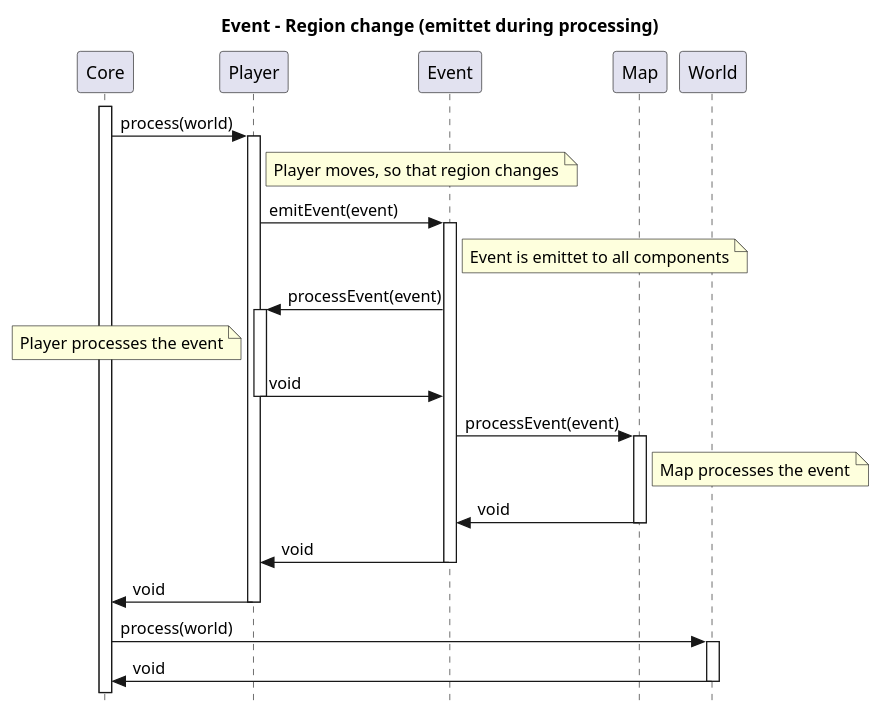
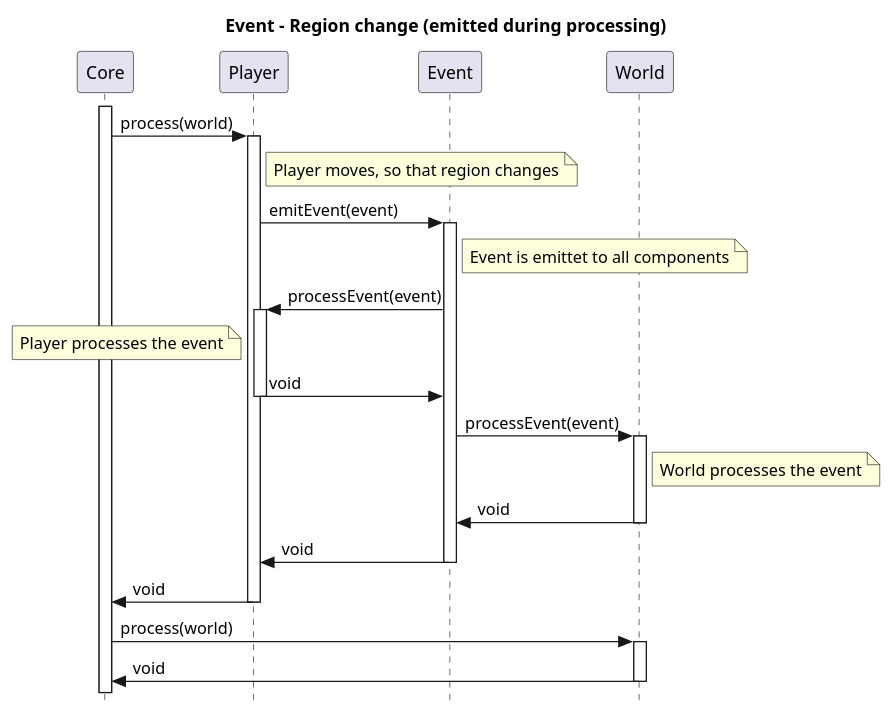
The diagram in docs/diagrams/SequenceDiagrams/EventRegionChangeMidProcess.puml (sesem4/Nelda), drawn with PlantUML before and after one commit. The commit also changed 2 other files, not shown here.

```diff
--- a/docs/diagrams/SequenceDiagrams/EventRegionChangeMidProcess.puml
+++ b/docs/diagrams/SequenceDiagrams/EventRegionChangeMidProcess.puml
@@ -1,46 +1,46 @@
 @startuml Event Mid Process
 skinparam style strictuml
-title Event - Region change (emittet during processing)
+title Event - Region change (emitted during processing)
 
 activate Core
 
 Core -> Player: process(world)
 
 activate Player
 note right of Player
 	Player moves, so that region changes
 end note
 Player -> Event: emitEvent(event)
 activate Event
 note right of Event
 	Event is emittet to all components
 end note
 
 Event -> Player: processEvent(event)
 activate Player
 note left of Player
 	Player processes the event
 end note
 Player -> Event: void
 deactivate Player
 
-Event -> Map: processEvent(event)
-activate Map
-note right of Map
-	Map processes the event
+Event -> World: processEvent(event)
+activate World
+note right of World
+	World processes the event
 end note
-Map -> Event: void
-deactivate Map
+World -> Event: void
+deactivate World
 
 Event -> Player: void
 deactivate Event
 
 Player -> Core: void
 deactivate Player
 
 Core -> World: process(world)
 activate World
 World -> Core: void
 deactivate World
 
 @enduml
```
